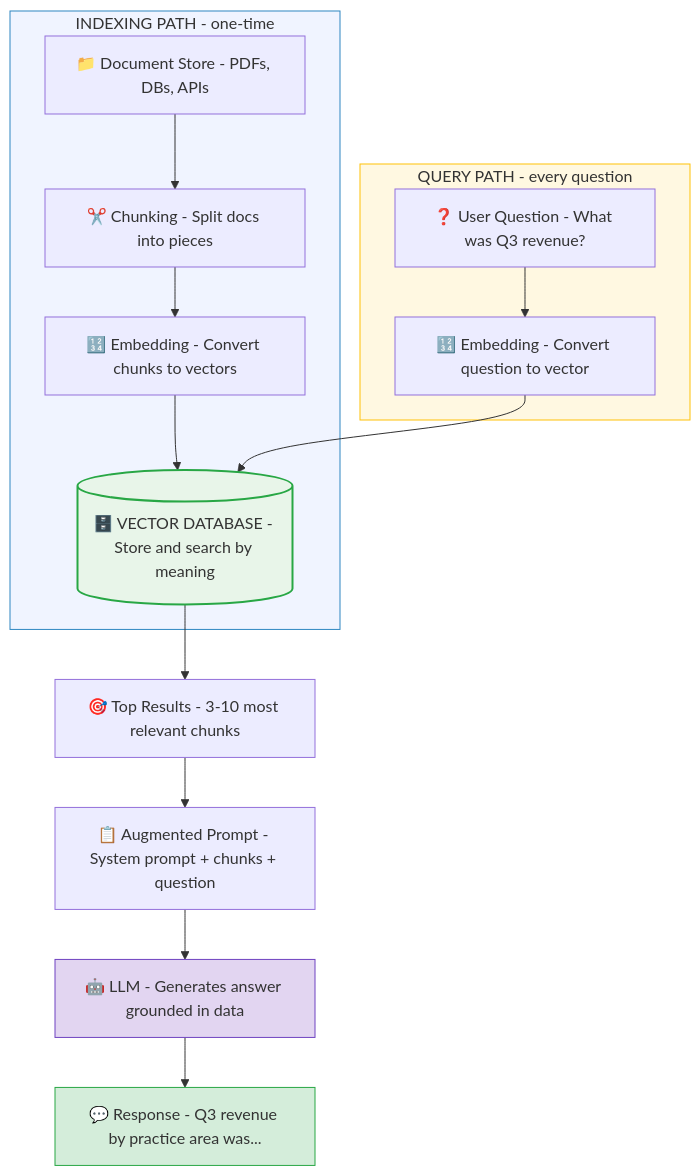
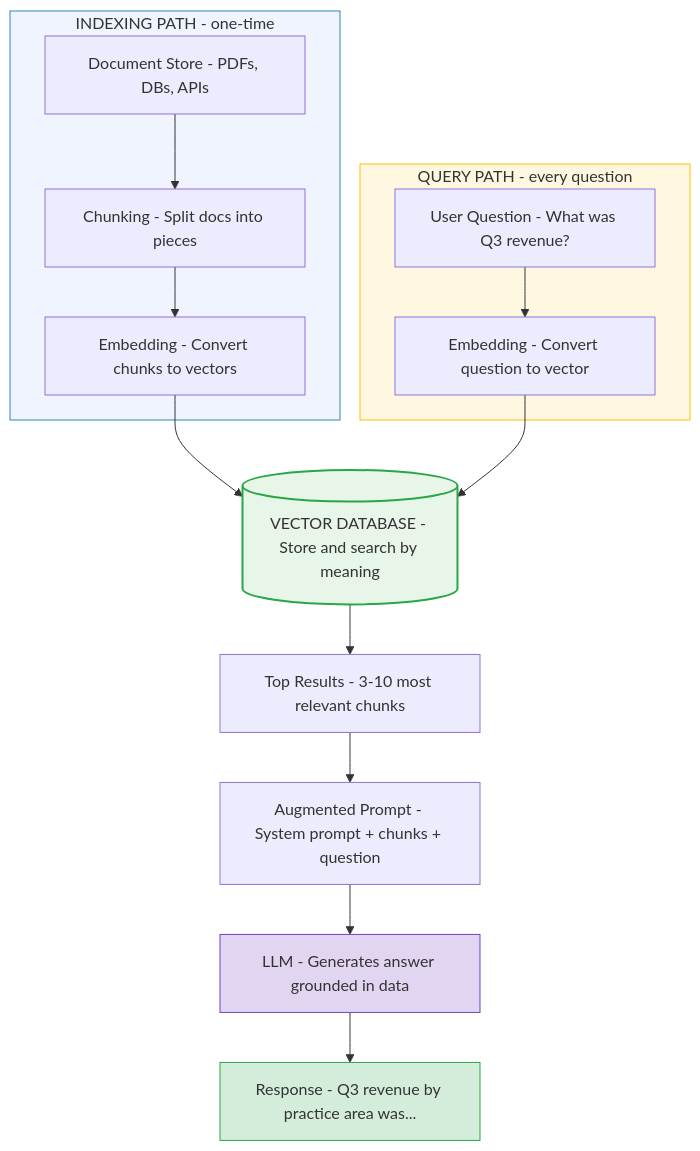
The third of 4 diagrams in docs/01-prompt-engineering-to-context-engineering.md (ithinktavo/GenAI-Engineering-Handbook), drawn with Mermaid before and after one commit. The commit also changed other lines of this file and 10 other files, not shown here.

Commit message:
Diagram updates

````diff
--- a/docs/01-prompt-engineering-to-context-engineering.md
+++ b/docs/01-prompt-engineering-to-context-engineering.md
@@ -355,26 +356,27 @@
 ```mermaid
 graph TD
+    VDB[("VECTOR DATABASE - Store and search by meaning")]
+
     subgraph indexing["INDEXING PATH - one-time"]
-        D["📁 Document Store - PDFs, DBs, APIs"] --> CH["✂️ Chunking - Split docs into pieces"]
-        CH --> EMB1["🔢 Embedding - Convert chunks to vectors"]
-        EMB1 --> VDB
+        D["Document Store - PDFs, DBs, APIs"] --> CH["Chunking - Split docs into pieces"]
+        CH --> EMB1["Embedding - Convert chunks to vectors"]
     end
 
     subgraph query["QUERY PATH - every question"]
-        Q["❓ User Question - What was Q3 revenue?"] --> EMB2["🔢 Embedding - Convert question to vector"]
-        EMB2 --> VDB
+        Q["User Question - What was Q3 revenue?"] --> EMB2["Embedding - Convert question to vector"]
     end
 
-    VDB[("🗄️ VECTOR DATABASE - Store and search by meaning")]
+    EMB1 --> VDB
+    EMB2 --> VDB
 
-    VDB --> TOP["🎯 Top Results - 3-10 most relevant chunks"]
-    TOP --> AUG["📋 Augmented Prompt - System prompt + chunks + question"]
-    AUG --> LLM["🤖 LLM - Generates answer grounded in data"]
-    LLM --> RESP["💬 Response - Q3 revenue by practice area was..."]
+    VDB --> TOP["Top Results - 3-10 most relevant chunks"]
+    TOP --> AUG["Augmented Prompt - System prompt + chunks + question"]
+    AUG --> LLM["LLM - Generates answer grounded in data"]
+    LLM --> RESP["Response - Q3 revenue by practice area was..."]
 
     style indexing fill:#f0f4ff,stroke:#2E86C1
     style query fill:#fff8e1,stroke:#ffc107
     style VDB fill:#e8f5e9,stroke:#28a745,stroke-width:2px
     style LLM fill:#e2d5f1,stroke:#6f42c1
     style RESP fill:#d4edda,stroke:#28a745
 ```
````
